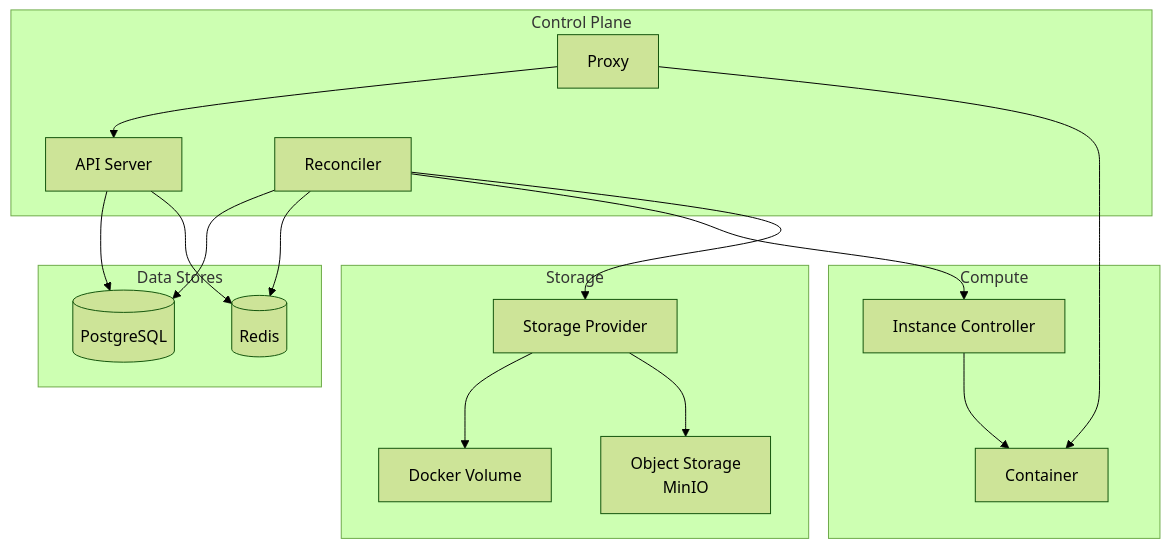
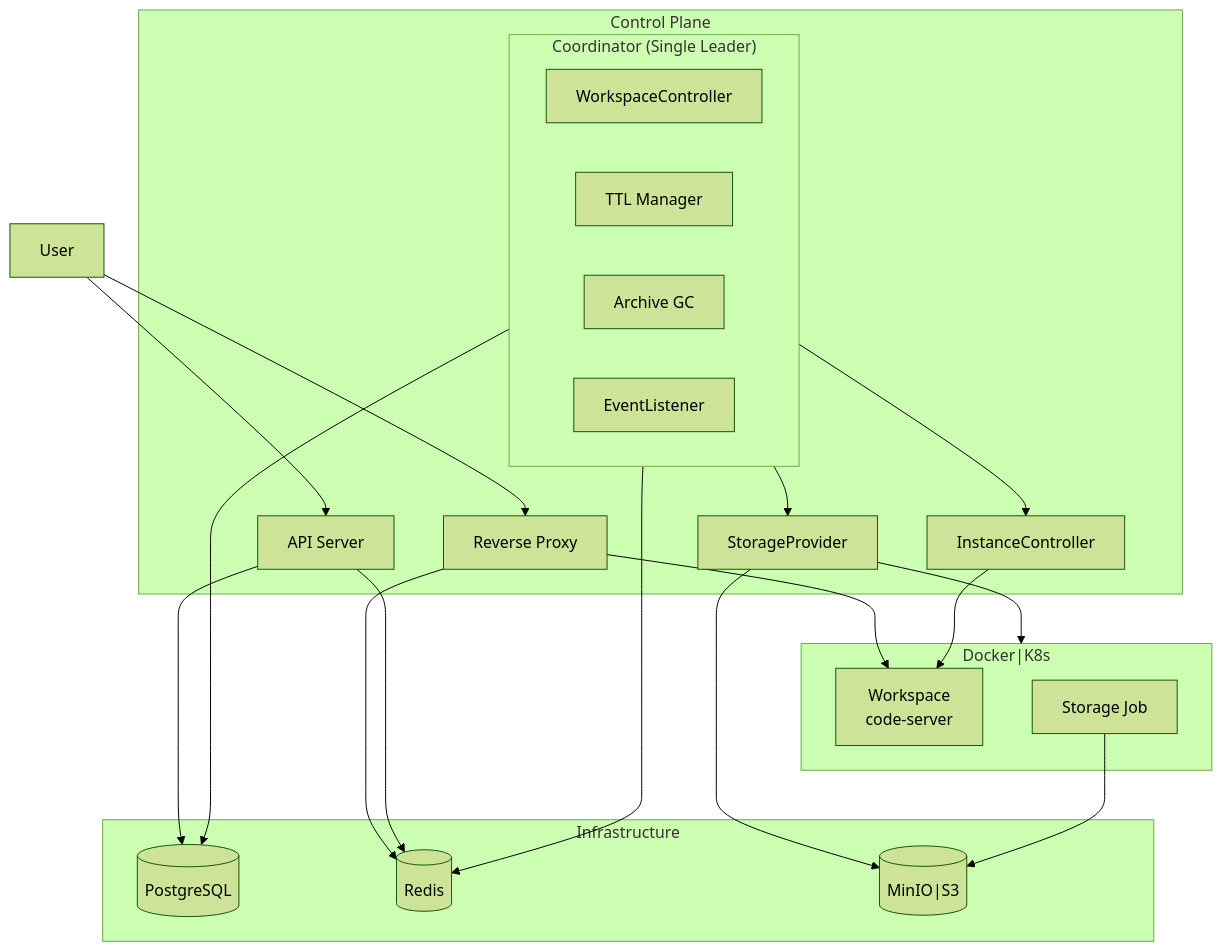
The first of 2 diagrams in docs/architecture_v2/README.md (cagojeiger/code-hub), drawn with Mermaid (forest theme) before and after one commit. The commit also changed other lines of this file, not shown here.

First line of the commit message:
docs(architecture_v2): 아키텍처 다이어그램 및 구조 개선

````diff
--- a/docs/architecture_v2/README.md
+++ b/docs/architecture_v2/README.md
@@ -19,36 +16,47 @@
 ```mermaid
-flowchart TB
+graph TB
+    User[User]
+
     subgraph "Control Plane"
         API[API Server]
-        R[Reconciler]
-        P[Proxy]
+        Proxy[Reverse Proxy]
+        IC[InstanceController]
+        SP[StorageProvider]
+        subgraph Coordinator["Coordinator (Single Leader)"]
+            WC[WorkspaceController]
+            TTL[TTL Manager]
+            GC[Archive GC]
+            EL[EventListener]
+        end
     end
 
-    subgraph "Data Stores"
+    subgraph "Infrastructure"
         DB[(PostgreSQL)]
         Redis[(Redis)]
+        ObjectStorage[("MinIO|S3")]
     end
 
-    subgraph "Compute"
-        IC[Instance Controller]
-        C[Container]
+    subgraph ContainerRuntime["Docker|K8s"]
+        WS[Workspace<br/>code-server]
+        Job[Storage Job]
     end
 
-    subgraph "Storage"
-        SP[Storage Provider]
-        V[Docker Volume]
-        OS[Object Storage<br/>MinIO]
-    end
+    User --> Proxy
+    User --> API
+
+    Proxy --> WS
+    Proxy --> Redis
 
     API --> DB
     API --> Redis
-    R --> DB
-    R --> Redis
-    R --> IC
-    R --> SP
-    P --> API
-    P --> C
-    IC --> C
-    SP --> V
-    SP --> OS
+
+    Coordinator --> DB
+    Coordinator --> Redis
+    Coordinator --> IC
+    Coordinator --> SP
+
+    IC --> WS
+    SP --> ContainerRuntime
+    SP --> ObjectStorage
+    Job --> ObjectStorage
 ```
````
